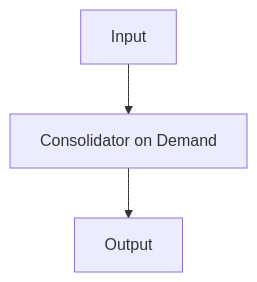
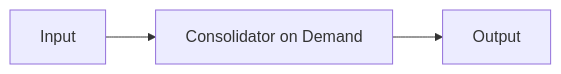
Before and after one commit to genesiscommunitysuccess/docs: the second of 4 diagrams in docs/03_server/07_consolidator/01_introduction.md, drawn with Mermaid. The commit also changed other lines of this file, not shown here.

`````diff
--- a/docs/03_server/07_consolidator/01_introduction.md
+++ b/docs/03_server/07_consolidator/01_introduction.md
@@ -71,6 +91,6 @@
 ````mermaid
-graph TD
+graph LR
     B[Input] --> C[Consolidator on Demand]
     C --> D[Output]
   
 ````
`````
